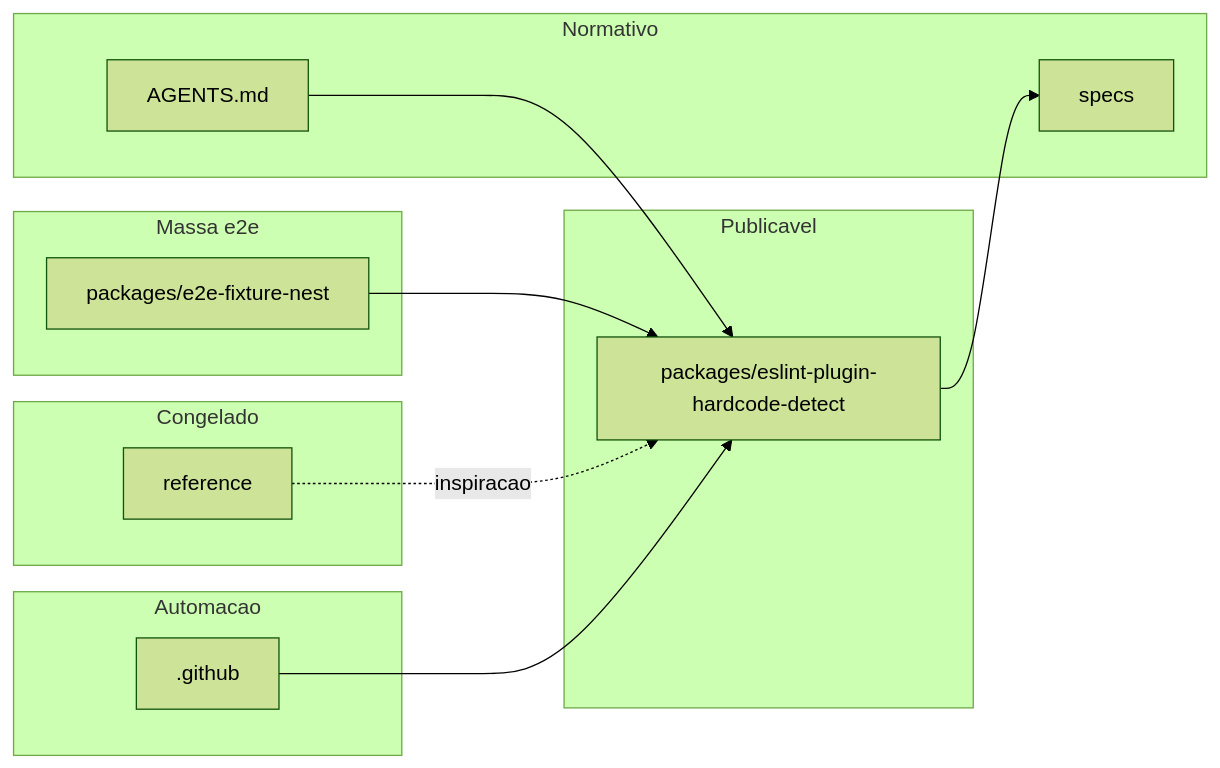
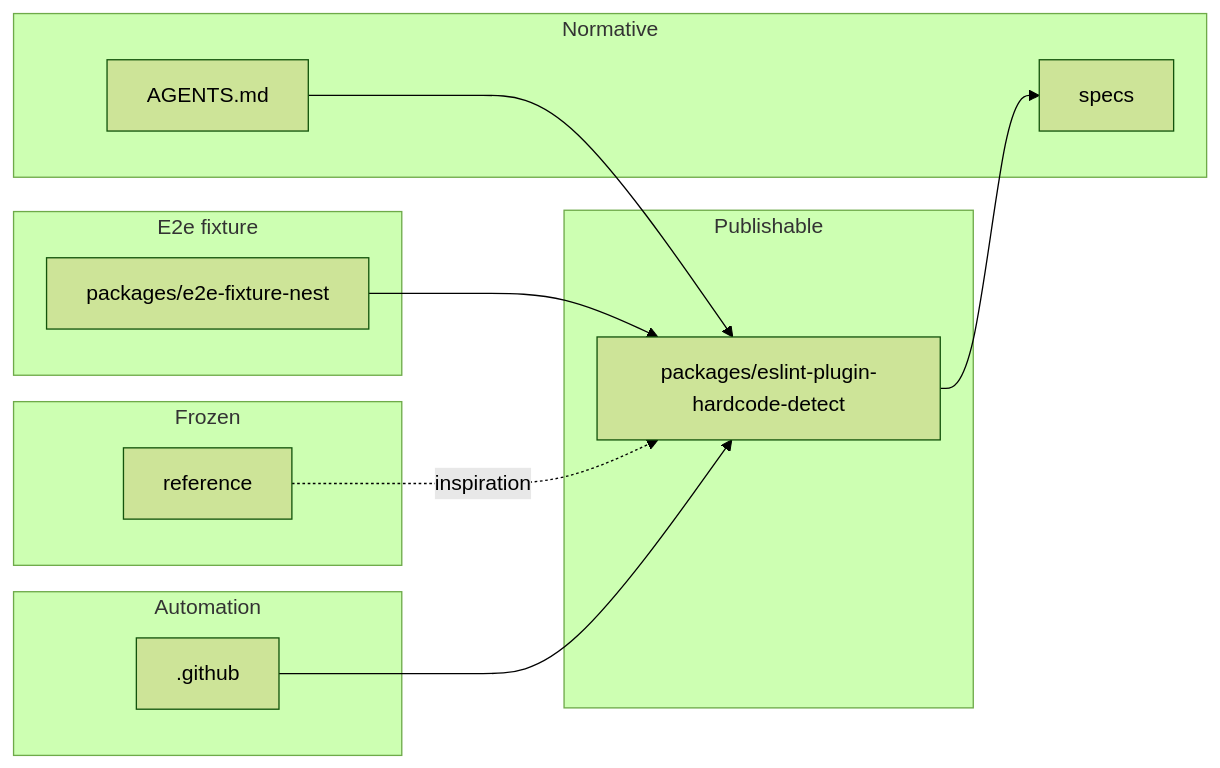
One commit to Malnati/eslint-hardcode-detect-plugin changed the diagram in docs/repository-tree.md. Above: the diagram before and after it, drawn with Mermaid (forest theme). The commit also changed other lines of this file and 5 other files, not shown here.

Commit message:
docs: translate six guides to US English (architecture, policy, maps, scope, tree, channels)

````diff
--- a/docs/repository-tree.md
+++ b/docs/repository-tree.md
@@ -244,24 +244,24 @@
 ```mermaid
 flowchart LR
-  subgraph public [Publicavel]
+  subgraph public [Publishable]
     pkg[packages/eslint-plugin-hardcode-detect]
   end
-  subgraph e2eNest [Massa e2e]
+  subgraph e2eNest [E2e fixture]
     nest[packages/e2e-fixture-nest]
   end
-  subgraph norms [Normativo]
+  subgraph norms [Normative]
     sp[specs]
     agents[AGENTS.md]
   end
-  subgraph frozen [Congelado]
+  subgraph frozen [Frozen]
     ref[reference]
   end
-  subgraph ci [Automacao]
+  subgraph ci [Automation]
     gh[.github]
   end
   pkg --> sp
   agents --> pkg
   nest --> pkg
-  ref -.->|inspiracao| pkg
+  ref -.->|inspiration| pkg
   gh --> pkg
 ```
````
